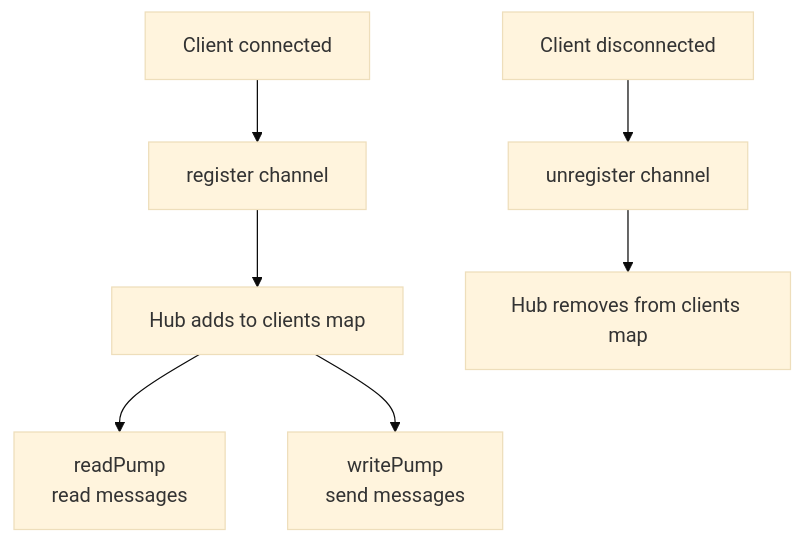
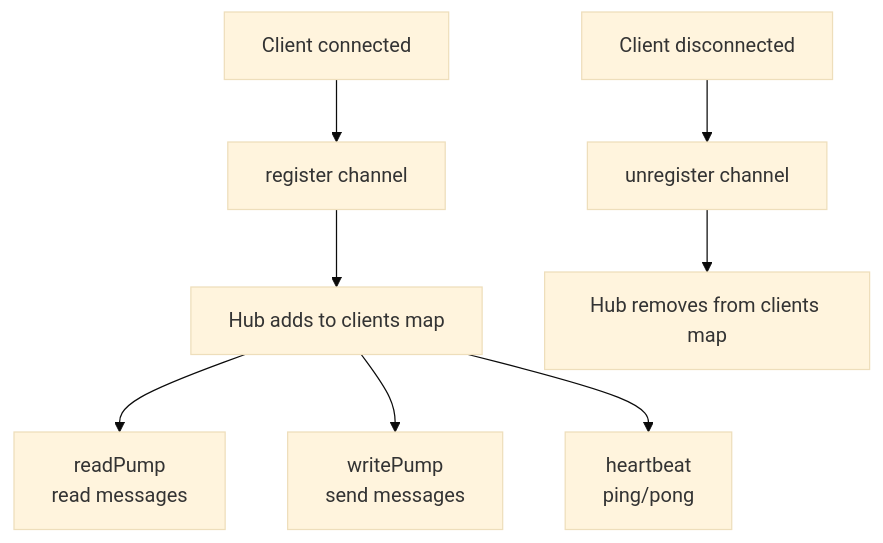
The second of 2 diagrams in docs_wiki/WEBSOCKET.md (diameter-tscd/stackyrd), drawn with Mermaid (base theme) before and after one commit. The commit also changed other lines of this file and 199 other files, not shown here.

````diff
--- a/docs_wiki/WEBSOCKET.md
+++ b/docs_wiki/WEBSOCKET.md
@@ -109,9 +110,10 @@
 ```mermaid
 flowchart TD
     A[Client connected] --> B[register channel]
     B --> C[Hub adds to clients map]
     C --> D[readPump<br/>read messages]
     C --> E[writePump<br/>send messages]
+    C --> F[heartbeat<br/>ping/pong]
     G[Client disconnected] --> H[unregister channel]
     H --> I[Hub removes from clients map]
 ```
````
